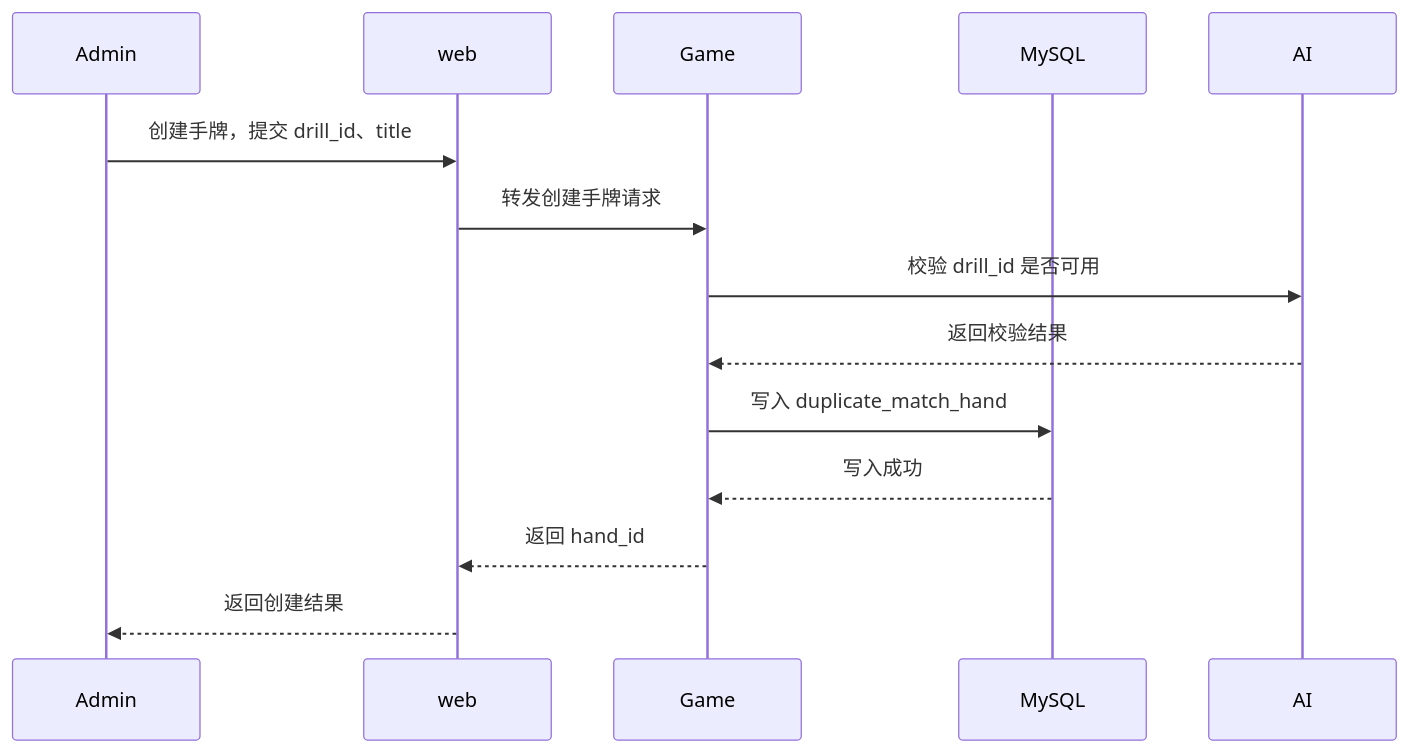
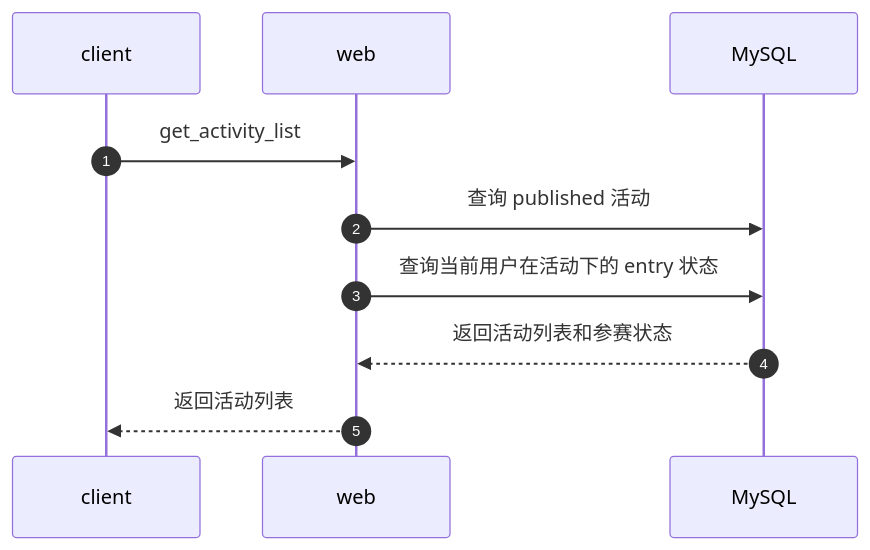
One commit to zdl20251023-pixel/agent-frame changed the third of 12 diagrams in docs/复述扑克/评审02/02-设计文档.md. Above: the diagram before and after it, drawn with Mermaid. The commit also changed other lines of this file and 1 other file, not shown here.

````diff
--- a/docs/复述扑克/评审02/02-设计文档.md
+++ b/docs/复述扑克/评审02/02-设计文档.md
@@ -82,17 +204,13 @@
 ```mermaid
 sequenceDiagram
-    participant Admin
+    autonumber
+    participant client
     participant web
-    participant Game
     participant MySQL
-    participant AI
 
-    Admin->>web: 创建手牌，提交 drill_id、title
-    web->>Game: 转发创建手牌请求
-    Game->>AI: 校验 drill_id 是否可用
-    AI-->>Game: 返回校验结果
-    Game->>MySQL: 写入 duplicate_match_hand
-    MySQL-->>Game: 写入成功
-    Game-->>web: 返回 hand_id
-    web-->>Admin: 返回创建结果
+    client->>web: get_activity_list
+    web->>MySQL: 查询 published 活动
+    web->>MySQL: 查询当前用户在活动下的 entry 状态
+    MySQL-->>web: 返回活动列表和参赛状态
+    web-->>client: 返回活动列表
 ```
````
